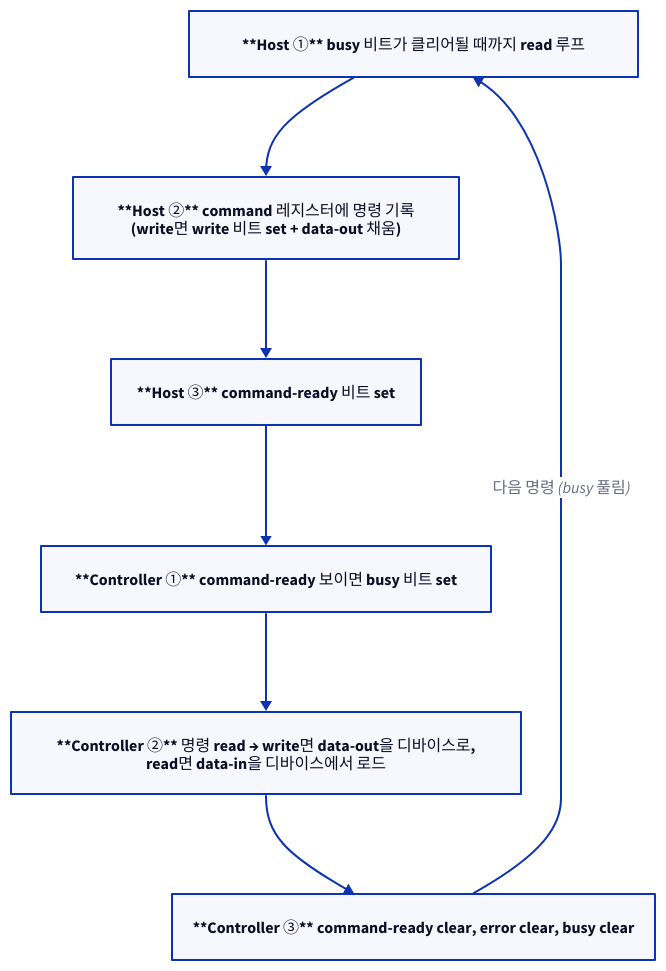
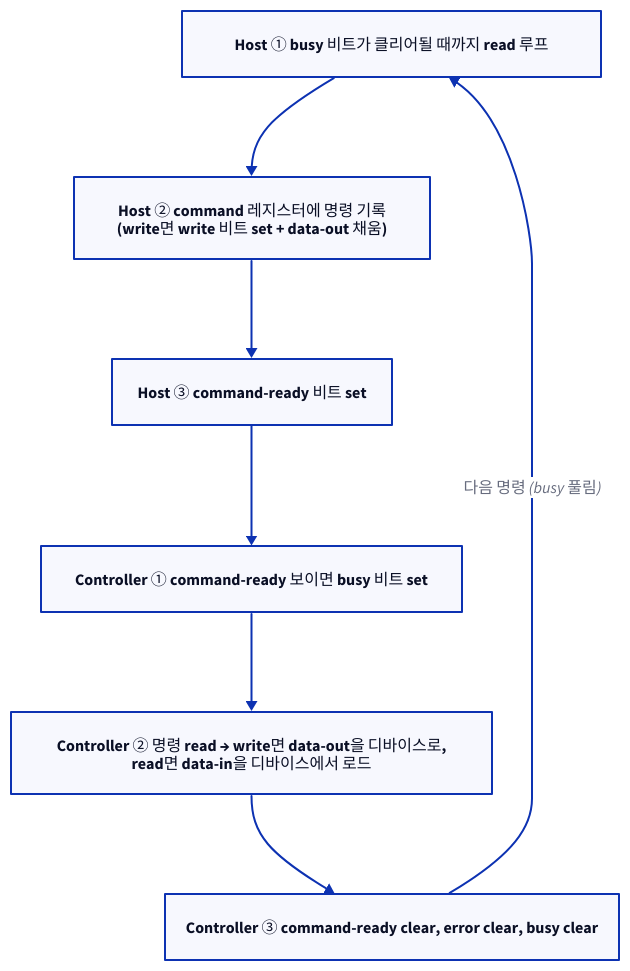
The second of 3 diagrams in starlight_site/src/content/docs/hw_sw_interaction/04_polling_hybrid_dv.md (humbleowl39/DV_SKOOL), drawn with D2 before and after one commit. The commit also changed other lines of this file and 714 other files, not shown here.

First line of the commit message:
fix(site): d2 다이어그램 가독성 결함 6종 일괄 수정

````diff
--- a/starlight_site/src/content/docs/hw_sw_interaction/04_polling_hybrid_dv.md
+++ b/starlight_site/src/content/docs/hw_sw_interaction/04_polling_hybrid_dv.md
@@ -68,12 +68,12 @@
 ```d2
 direction: down
 
-H1: "**Host ①** busy 비트가 클리어될 때까지 read 루프"
-H2: "**Host ②** command 레지스터에 명령 기록\n(write면 write 비트 set + data-out 채움)"
-H3: "**Host ③** command-ready 비트 set"
-C1: "**Controller ①** command-ready 보이면 busy 비트 set"
-C2: "**Controller ②** 명령 read → write면 data-out을 디바이스로,\nread면 data-in을 디바이스에서 로드"
-C3: "**Controller ③** command-ready clear, error clear, busy clear"
+H1: "Host ① busy 비트가 클리어될 때까지 read 루프"
+H2: "Host ② command 레지스터에 명령 기록\n(write면 write 비트 set + data-out 채움)"
+H3: "Host ③ command-ready 비트 set"
+C1: "Controller ① command-ready 보이면 busy 비트 set"
+C2: "Controller ② 명령 read → write면 data-out을 디바이스로,\nread면 data-in을 디바이스에서 로드"
+C3: "Controller ③ command-ready clear, error clear, busy clear"
 H1 -> H2 -> H3 -> C1 -> C2 -> C3
 C3 -> H1: "다음 명령 (busy 풀림)"
 ```
````
